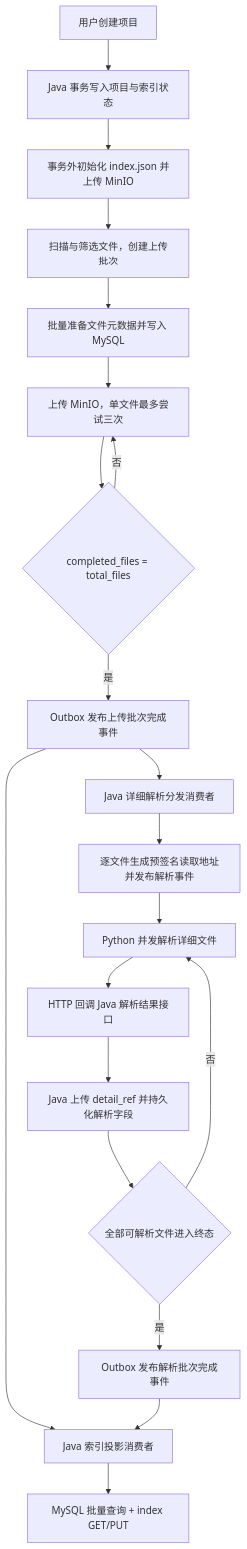
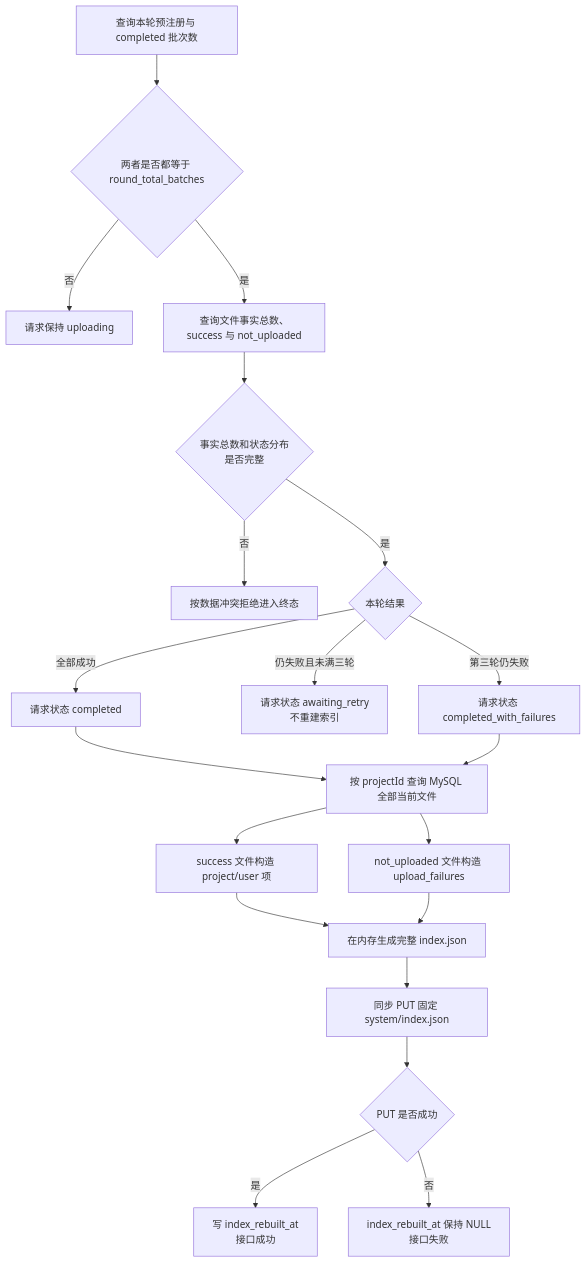
Before and after one commit to ningningsenpai/PM-AGENT: the second of 2 diagrams in docs/19-项目上下文索引与MinIO存储设计.md, drawn with Mermaid. The commit also changed other lines of this file and 81 other files, not shown here.

````diff
--- a/docs/19-项目上下文索引与MinIO存储设计.md
+++ b/docs/19-项目上下文索引与MinIO存储设计.md
@@ -52,22 +179,22 @@
-```mermaid
+~~~mermaid
 flowchart TD
-    A["用户创建项目"] --> B["Java 事务写入项目与索引状态"]
-    B --> C["事务外初始化 index.json 并上传 MinIO"]
-    C --> D["扫描与筛选文件，创建上传批次"]
-    D --> E["批量准备文件元数据并写入 MySQL"]
-    E --> F["上传 MinIO，单文件最多尝试三次"]
-    F --> G{"completed_files = total_files"}
-    G -->|否| F
-    G -->|是| H["Outbox 发布上传批次完成事件"]
-    H --> I["Java 索引投影消费者"]
-    H --> J["Java 详细解析分发消费者"]
-    I --> K["MySQL 批量查询 + index GET/PUT"]
-    J --> L["逐文件生成预签名读取地址并发布解析事件"]
-    L --> M["Python 并发解析详细文件"]
-    M --> N["HTTP 回调 Java 解析结果接口"]
-    N --> O["Java 上传 detail_ref 并持久化解析字段"]
-    O --> P{"全部可解析文件进入终态"}
-    P -->|否| M
-    P -->|是| Q["Outbox 发布解析批次完成事件"]
-    Q --> I
-```
+    A["查询本轮预注册与 completed 批次数"] --> B{"两者是否都等于 round_total_batches"}
+    B -->|否| C0["请求保持 uploading"]
+    B -->|是| C1["查询文件事实总数、success 与 not_uploaded"]
+    C1 --> C1A{"事实总数和状态分布<br/>是否完整"}
+    C1A -->|否| C1B["按数据冲突拒绝进入终态"]
+    C1A -->|是| C2{"本轮结果"}
+    C2 -->|全部成功| C3["请求状态 completed"]
+    C2 -->|仍失败且未满三轮| C4["请求状态 awaiting_retry<br/>不重建索引"]
+    C2 -->|第三轮仍失败| C5["请求状态 completed_with_failures"]
+    C3 --> C["按 projectId 查询 MySQL 全部当前文件"]
+    C5 --> C
+    C --> D["success 文件构造 project/user 项"]
+    C --> E["not_uploaded 文件构造 upload_failures"]
+    D --> F["在内存生成完整 index.json"]
+    E --> F
+    F --> G["同步 PUT 固定 system/index.json"]
+    G --> H{"PUT 是否成功"}
+    H -->|是| I["写 index_rebuilt_at<br/>接口成功"]
+    H -->|否| J["index_rebuilt_at 保持 NULL<br/>接口失败"]
+~~~
````
